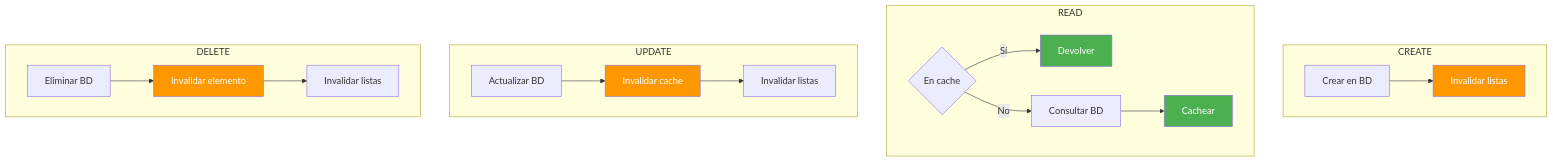
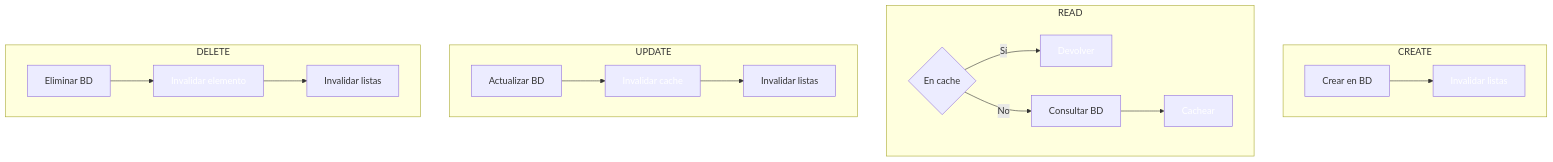
Diagram 15 of 17 in 14-cache-redis.md (joseluisgs/DesarrolloWebEntornosServidor-02-2026-2027), drawn with Mermaid before and after one commit. The commit also changed other lines of this file and 41 other files, not shown here.

````diff
--- a/14-cache-redis.md
+++ b/14-cache-redis.md
@@ -825,23 +825,23 @@
 ```mermaid
 flowchart TD
     subgraph "CREATE"
         A1["Crear en BD"] --> A2["Invalidar listas"]
     end
     subgraph "READ"
         B1{"En cache"} -->|Sí| B2["Devolver"]
         B1 -->|No| B3["Consultar BD"] --> B4["Cachear"]
     end
     subgraph "UPDATE"
         C1["Actualizar BD"] --> C2["Invalidar cache"]
         C2 --> C3["Invalidar listas"]
     end
     subgraph "DELETE"
         D1["Eliminar BD"] --> D2["Invalidar elemento"]
         D2 --> D3["Invalidar listas"]
     end
-    style A2 fill:#FF9800,color:#fff
-    style B2 fill:#4CAF50,color:#fff
-    style B4 fill:#4CAF50,color:#fff
-    style C2 fill:#FF9800,color:#fff
-    style D2 fill:#FF9800,color:#fff
+    style A2 fill:#FF980,color:#fff0,color:#fff
+    style B2 fill:#4CAF5,color:#fff0,color:#fff
+    style B4 fill:#4CAF5,color:#fff0,color:#fff
+    style C2 fill:#FF980,color:#fff0,color:#fff
+    style D2 fill:#FF980,color:#fff0,color:#fff
 ```
````
